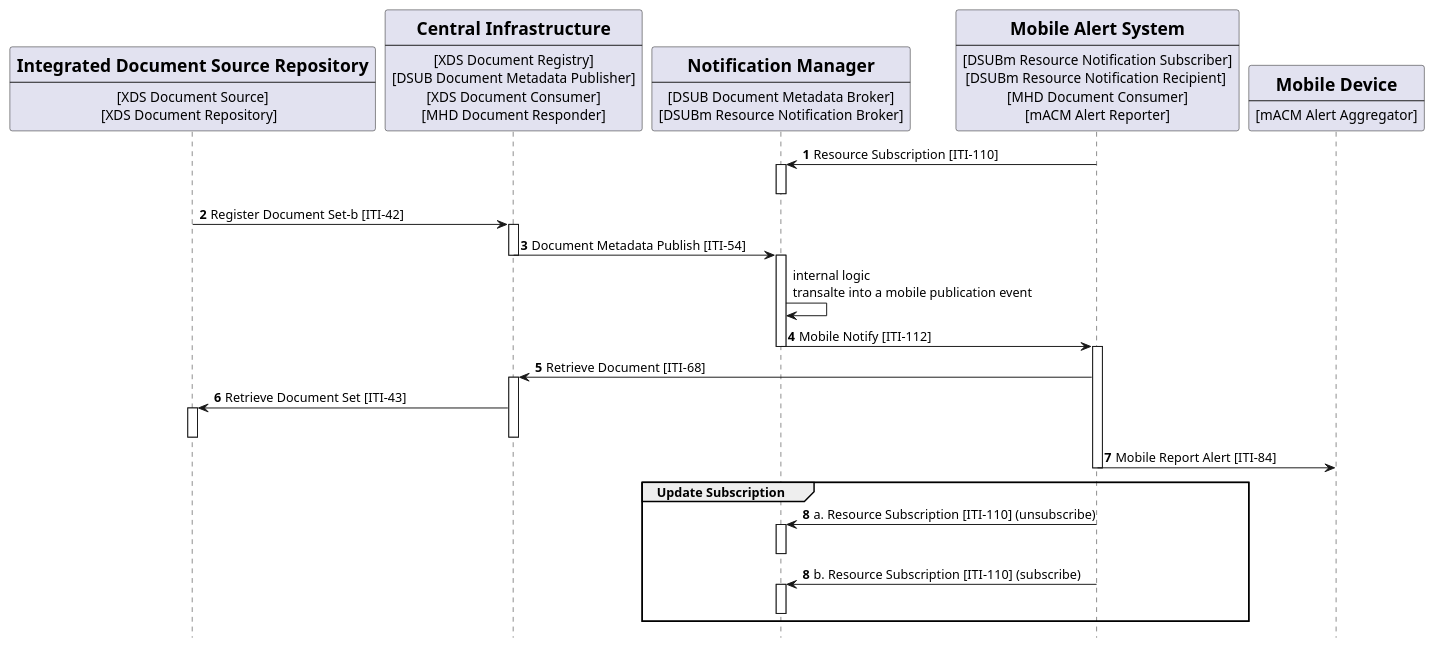
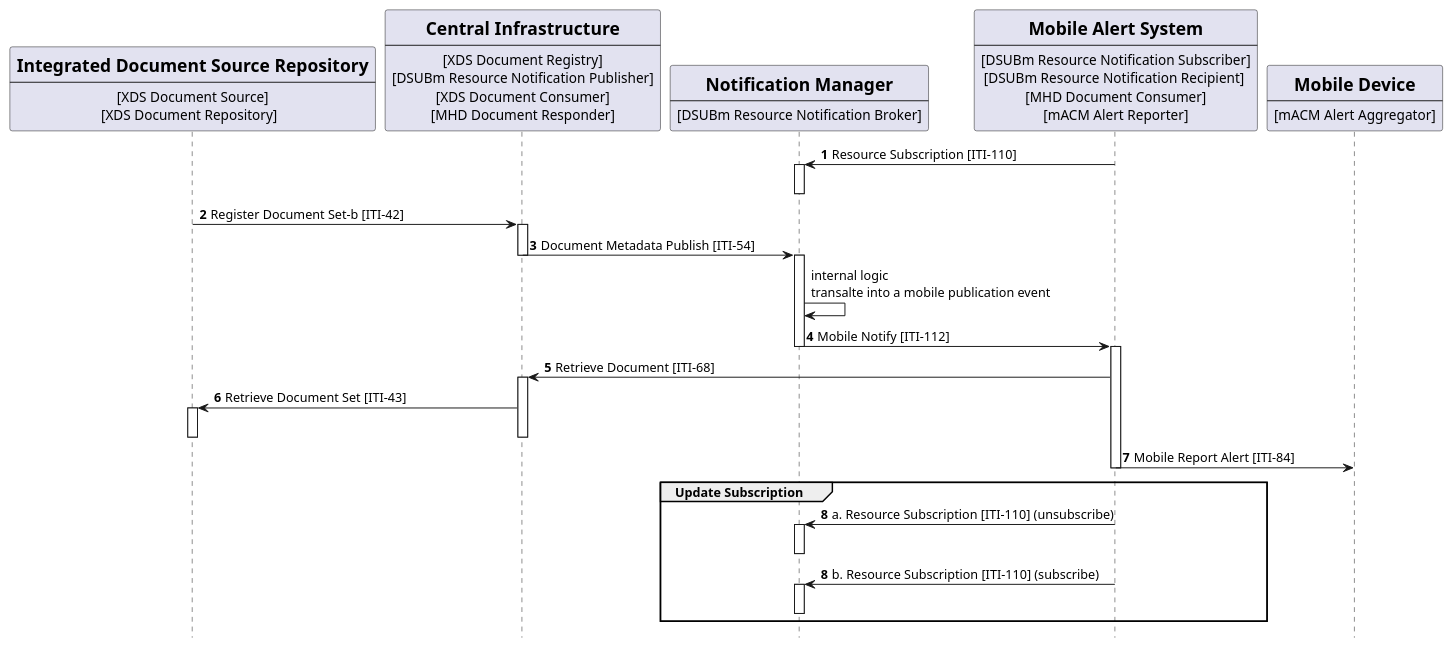
Before and after one commit to IHE/ITI.DSUBm: the diagram in input/images-source/usecase5-processflow.plantuml, drawn with PlantUML. The commit also changed 7 other files, not shown here.

Commit message:
update uml

```diff
--- a/input/images-source/usecase5-processflow.plantuml
+++ b/input/images-source/usecase5-processflow.plantuml
@@ -1,84 +1,82 @@
 @startuml
 skinparam svgDimensionStyle false
 hide footbox
-/' DEPRECATED '/
 /'title "Subscription with DSUBm on DSUB infrastructure from Mobile Device" '/
 
 
 participant Repository [
     =Integrated Document Source Repository
     ----
     [XDS Document Source]
     [XDS Document Repository]  
 ] 
 
 participant Central [
     =Central Infrastructure
     ----
     [XDS Document Registry]
-    [DSUB Document Metadata Publisher]
+    [DSUBm Resource Notification Publisher]
     [XDS Document Consumer]
     [MHD Document Responder]
 ] 
 
 participant Broker [
     =Notification Manager
     ----
-    [DSUB Document Metadata Broker]
     [DSUBm Resource Notification Broker]
 ] 
 
 
 participant MobDevice [
     =Mobile Alert System 
     ----
     [DSUBm Resource Notification Subscriber]
     [DSUBm Resource Notification Recipient] 
     [MHD Document Consumer]
     [mACM Alert Reporter]
 ] 
 
 participant Device [
     =Mobile Device
     ----
     [mACM Alert Aggregator]
 ] 
 
 autonumber "<b>"
 MobDevice -> Broker: Resource Subscription [ITI-110]
 activate Broker
 deactivate Broker
 Repository -> Central: Register Document Set-b [ITI-42]
 activate Central
 Central -> Broker:  Document Metadata Publish [ITI-54]
 deactivate Central
 activate Broker
 autonumber stop 
 Broker -> Broker: internal logic\ntransalte into a mobile publication event
 autonumber 4 "<b>"
 Broker  -> MobDevice: Mobile Notify [ITI-112]
 deactivate Broker
 
 activate MobDevice
 MobDevice -> Central: Retrieve Document [ITI-68]
 activate Central
 Central -> Repository: Retrieve Document Set [ITI-43]
 activate Repository
 deactivate Repository
 deactivate Central
 MobDevice -> Device: Mobile Report Alert [ITI-84]
 deactivate MobDevice
 
 group Update Subscription
   autonumber stop
   autonumber 8 "<b>"
   MobDevice -> Broker: a. Resource Subscription [ITI-110] (unsubscribe)
   activate Broker
   deactivate Broker
   autonumber 8 "<b>"
   MobDevice -> Broker: b. Resource Subscription [ITI-110] (subscribe)
   activate Broker
   deactivate Broker
 end  
 
 @enduml
```
